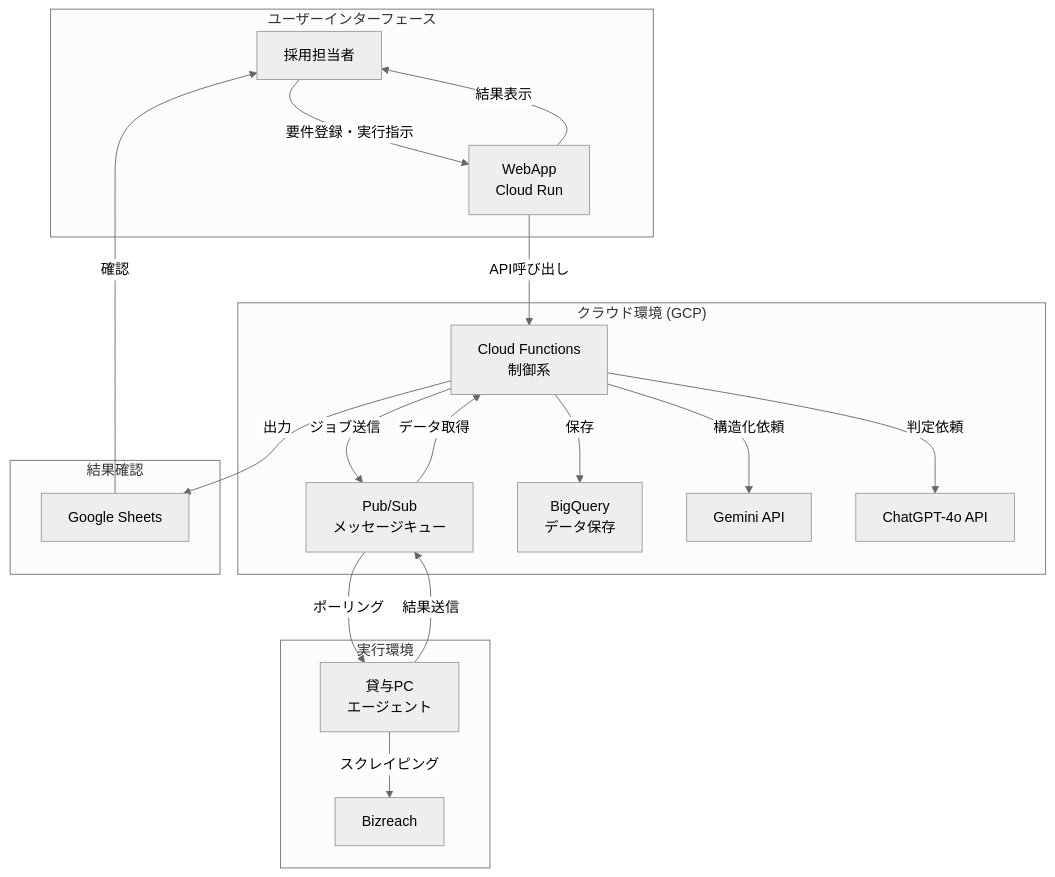
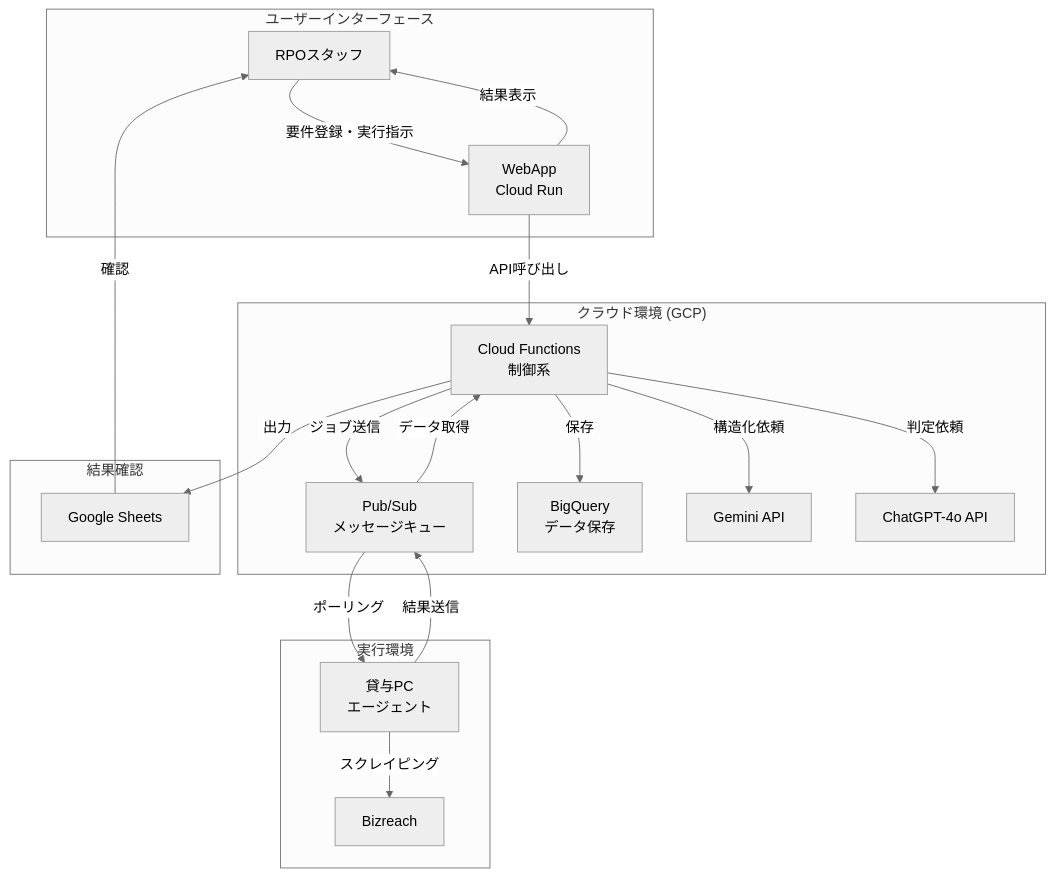
Before and after one commit to takeshita-0x0201/rpo-automation: the first of 3 diagrams in README.md, drawn with Mermaid (neutral theme). The commit also changed other lines of this file and 6 other files, not shown here.

````diff
--- a/README.md
+++ b/README.md
@@ -27,38 +31,38 @@
 ```mermaid
 graph TD
     subgraph "ユーザーインターフェース"
-        A[採用担当者]
+        A[RPOスタッフ]
         B[WebApp<br/>Cloud Run]
     end
     
     subgraph "クラウド環境 (GCP)"
         C[Cloud Functions<br/>制御系]
         D[Pub/Sub<br/>メッセージキュー]
         E[BigQuery<br/>データ保存]
         F[Gemini API]
         G[ChatGPT-4o API]
     end
     
     subgraph "実行環境"
         H[貸与PC<br/>エージェント]
         I[Bizreach]
     end
     
     subgraph "結果確認"
         J[Google Sheets]
     end
     
     A -->|要件登録・実行指示| B
     B -->|API呼び出し| C
     C -->|ジョブ送信| D
     D -->|ポーリング| H
     H -->|スクレイピング| I
     H -->|結果送信| D
     D -->|データ取得| C
     C -->|構造化依頼| F
     C -->|判定依頼| G
     C -->|保存| E
     C -->|出力| J
     B -->|結果表示| A
     J -->|確認| A
 ```
````
